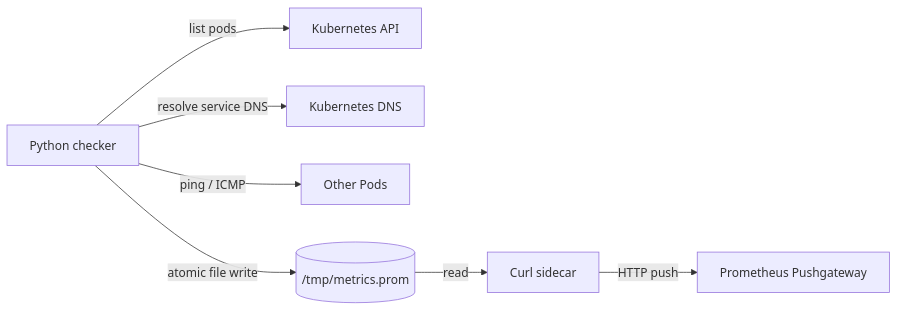
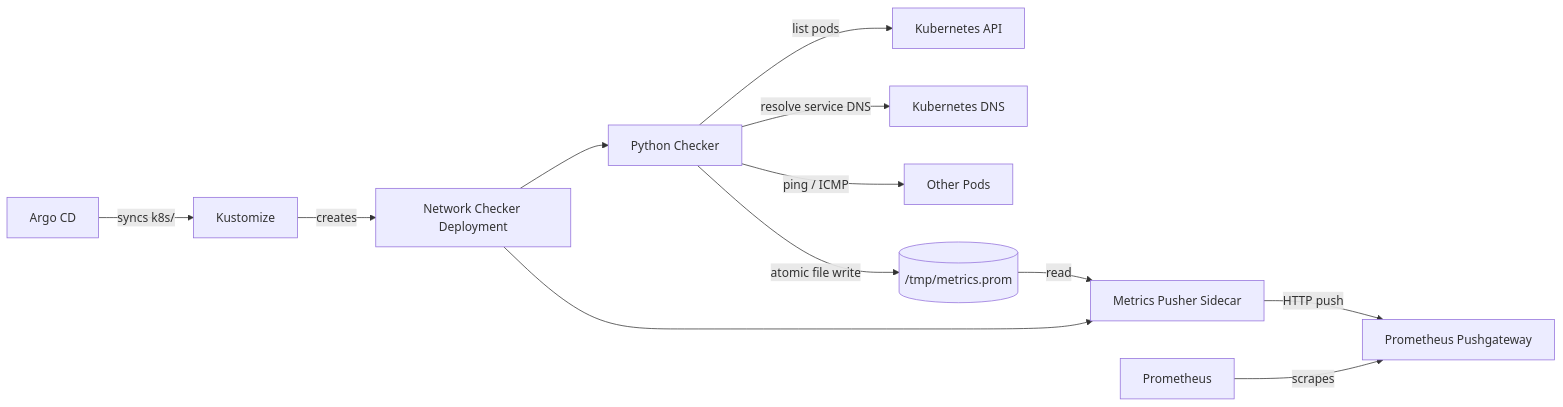
Before and after one commit to norod-boop/network-checker: the diagram in README.md, drawn with Mermaid. The commit also changed other lines of this file and 5 other files, not shown here.

First line of the commit message:
docs: update architecture diagram and simplify image configuration

````diff
--- a/README.md
+++ b/README.md
@@ -23,17 +23,27 @@
 ```mermaid
 flowchart LR
-    Checker["Python checker"]
+    ArgoCD["Argo CD"]
+    Kustomize["Kustomize"]
+    Deployment["Network Checker Deployment"]
+
+    Checker["Python Checker"]
     API["Kubernetes API"]
     DNS["Kubernetes DNS"]
     Pods["Other Pods"]
     Metrics[("/tmp/metrics.prom")]
-    Pusher["Curl sidecar"]
+    Pusher["Metrics Pusher Sidecar"]
     Pushgateway["Prometheus Pushgateway"]
+    Prometheus["Prometheus"]
 
+    ArgoCD -->|"syncs k8s/"| Kustomize
+    Kustomize -->|"creates"| Deployment
+    Deployment --> Checker
+    Deployment --> Pusher
     Checker -->|"list pods"| API
     Checker -->|"resolve service DNS"| DNS
     Checker -->|"ping / ICMP"| Pods
     Checker -->|"atomic file write"| Metrics
     Metrics -->|"read"| Pusher
     Pusher -->|"HTTP push"| Pushgateway
+    Prometheus -->|"scrapes"| Pushgateway
 ```
````
